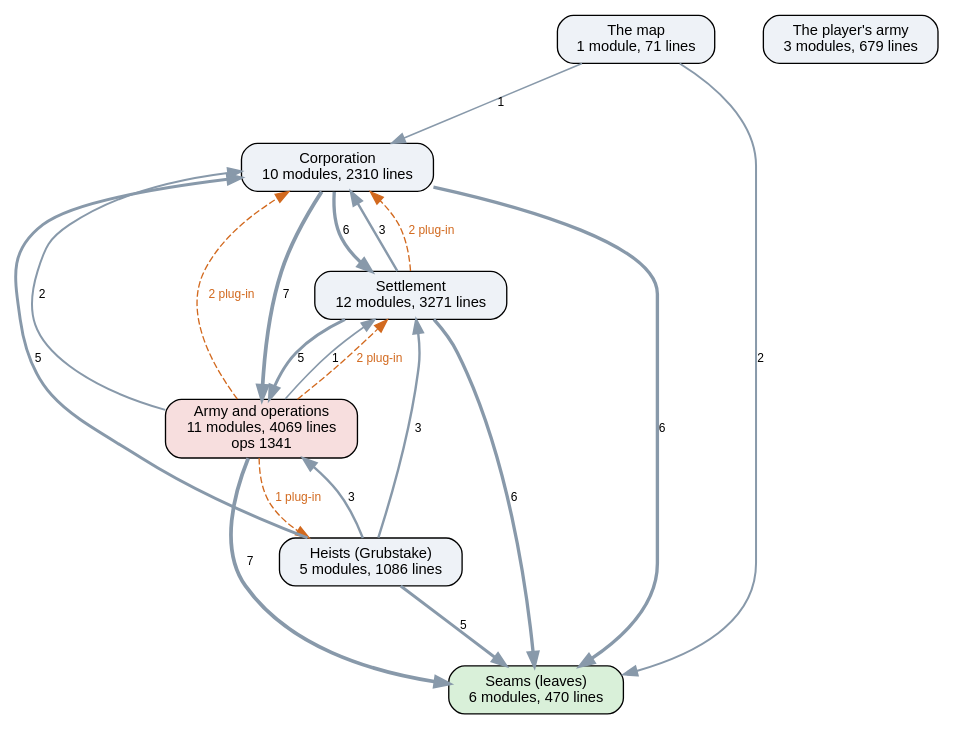
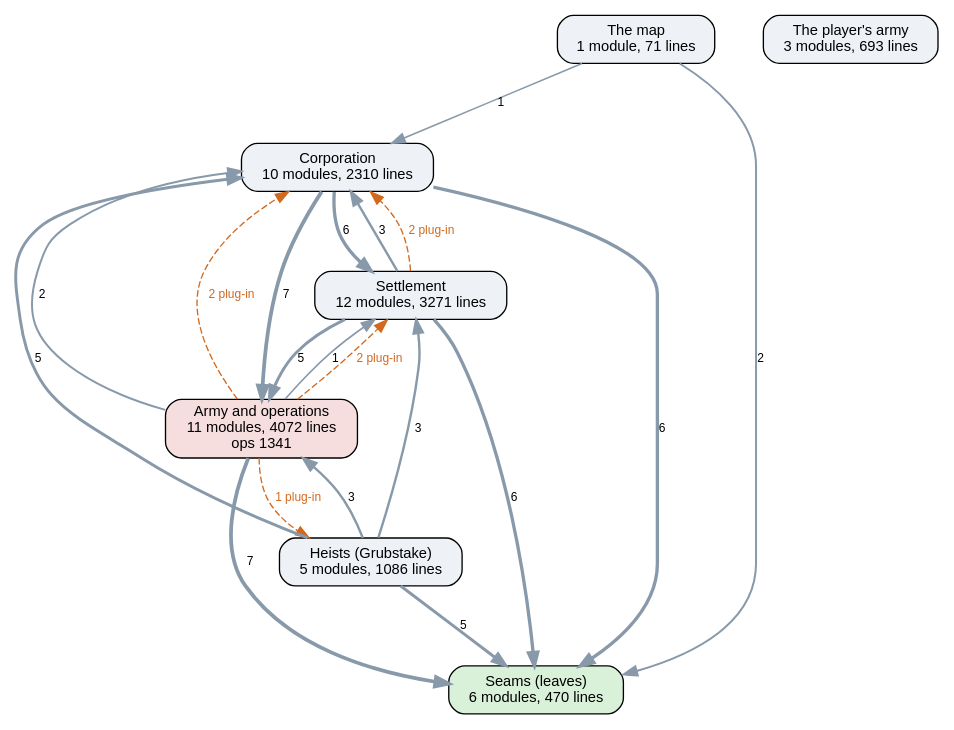
Before and after one commit to kinelhu/landing-party: the diagram in docs/ai-layers.dot, drawn with Graphviz. The commit also changed 13 other files, not shown here.

```diff
--- a/docs/ai-layers.dot
+++ b/docs/ai-layers.dot
@@ -1,31 +1,31 @@
 digraph layers {
   graph [rankdir=TB, fontname="Helvetica", nodesep=0.5, ranksep=0.7];
   node [shape=box, style="rounded,filled", fontname="Helvetica", fontsize=11, fillcolor="#eef2f7"];
   edge [color="#8899aa", fontname="Helvetica", fontsize=9];
   "Seams (leaves)" [label="Seams (leaves)\n6 modules, 470 lines", fillcolor="#d9f0d9"];
   "Corporation" [label="Corporation\n10 modules, 2310 lines", fillcolor="#eef2f7"];
   "Settlement" [label="Settlement\n12 modules, 3271 lines", fillcolor="#eef2f7"];
-  "Army and operations" [label="Army and operations\n11 modules, 4069 lines\nops 1341", fillcolor="#f7dede"];
+  "Army and operations" [label="Army and operations\n11 modules, 4072 lines\nops 1341", fillcolor="#f7dede"];
   "Heists (Grubstake)" [label="Heists (Grubstake)\n5 modules, 1086 lines", fillcolor="#eef2f7"];
   "The map" [label="The map\n1 module, 71 lines", fillcolor="#eef2f7"];
-  "The player's army" [label="The player's army\n3 modules, 679 lines", fillcolor="#eef2f7"];
+  "The player's army" [label="The player's army\n3 modules, 693 lines", fillcolor="#eef2f7"];
   "Army and operations" -> "Corporation" [label="2", penwidth=1.5];
   "Army and operations" -> "Seams (leaves)" [label="7", penwidth=2.8];
   "Army and operations" -> "Settlement" [label="1", penwidth=1.2];
   "Corporation" -> "Army and operations" [label="7", penwidth=2.8];
   "Corporation" -> "Seams (leaves)" [label="6", penwidth=2.5];
   "Corporation" -> "Settlement" [label="6", penwidth=2.5];
   "Heists (Grubstake)" -> "Army and operations" [label="3", penwidth=1.8];
   "Heists (Grubstake)" -> "Corporation" [label="5", penwidth=2.2];
   "Heists (Grubstake)" -> "Seams (leaves)" [label="5", penwidth=2.2];
   "Heists (Grubstake)" -> "Settlement" [label="3", penwidth=1.8];
   "Settlement" -> "Army and operations" [label="5", penwidth=2.2];
   "Settlement" -> "Corporation" [label="3", penwidth=1.8];
   "Settlement" -> "Seams (leaves)" [label="6", penwidth=2.5];
   "The map" -> "Corporation" [label="1", penwidth=1.2];
   "The map" -> "Seams (leaves)" [label="2", penwidth=1.5];
   "Army and operations" -> "Corporation" [style=dashed, color="#d2691e", fontcolor="#d2691e", label="2 plug-in"];
   "Army and operations" -> "Heists (Grubstake)" [style=dashed, color="#d2691e", fontcolor="#d2691e", label="1 plug-in"];
   "Army and operations" -> "Settlement" [style=dashed, color="#d2691e", fontcolor="#d2691e", label="2 plug-in"];
   "Settlement" -> "Corporation" [style=dashed, color="#d2691e", fontcolor="#d2691e", label="2 plug-in"];
 }
```
